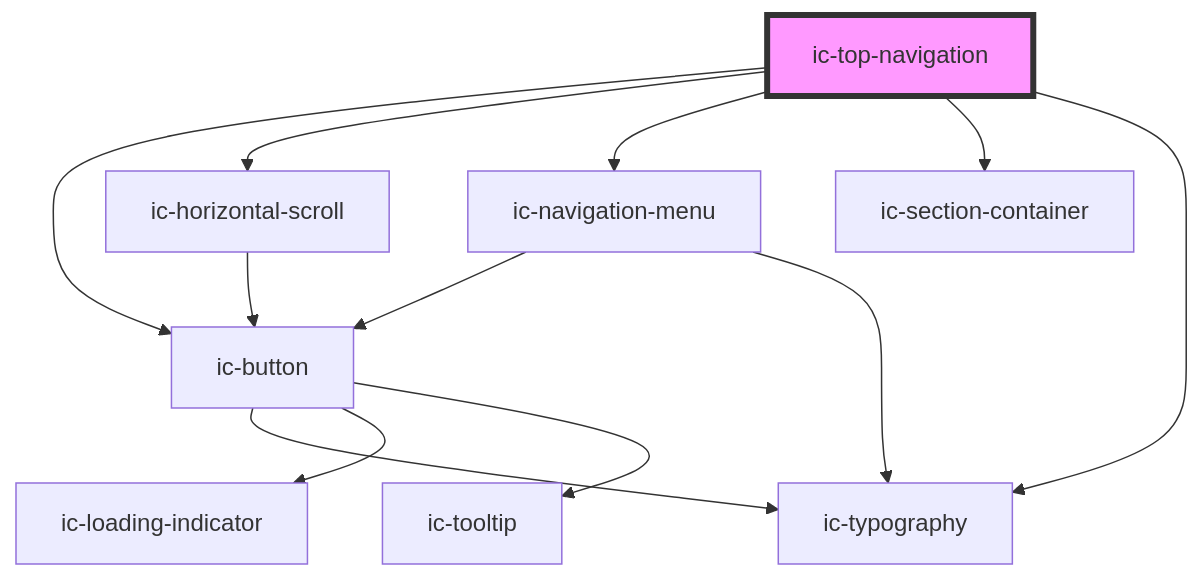
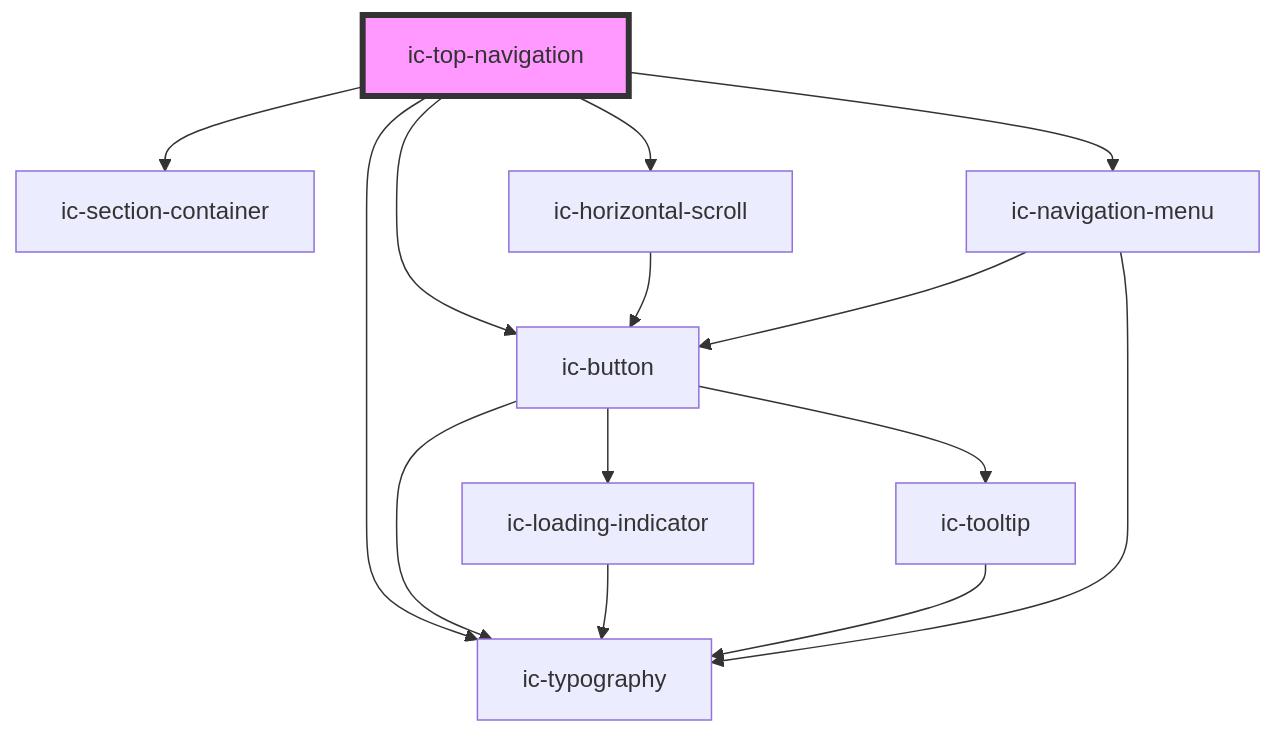
One commit to mi6/ic-ui-kit changed the diagram in packages/web-components/src/components/ic-top-navigation/readme.md. Above: the diagram before and after it, drawn with Mermaid. The commit also changed other lines of this file and 134 other files, not shown here.

````diff
--- a/packages/web-components/src/components/ic-top-navigation/readme.md
+++ b/packages/web-components/src/components/ic-top-navigation/readme.md
@@ -56,15 +55,17 @@
 ```mermaid
 graph TD;
+  ic-top-navigation --> ic-section-container
+  ic-top-navigation --> ic-typography
   ic-top-navigation --> ic-button
   ic-top-navigation --> ic-horizontal-scroll
   ic-top-navigation --> ic-navigation-menu
-  ic-top-navigation --> ic-section-container
-  ic-top-navigation --> ic-typography
   ic-button --> ic-typography
   ic-button --> ic-loading-indicator
   ic-button --> ic-tooltip
+  ic-loading-indicator --> ic-typography
+  ic-tooltip --> ic-typography
   ic-horizontal-scroll --> ic-button
   ic-navigation-menu --> ic-button
   ic-navigation-menu --> ic-typography
   style ic-top-navigation fill:#f9f,stroke:#333,stroke-width:4px
 ```
````
